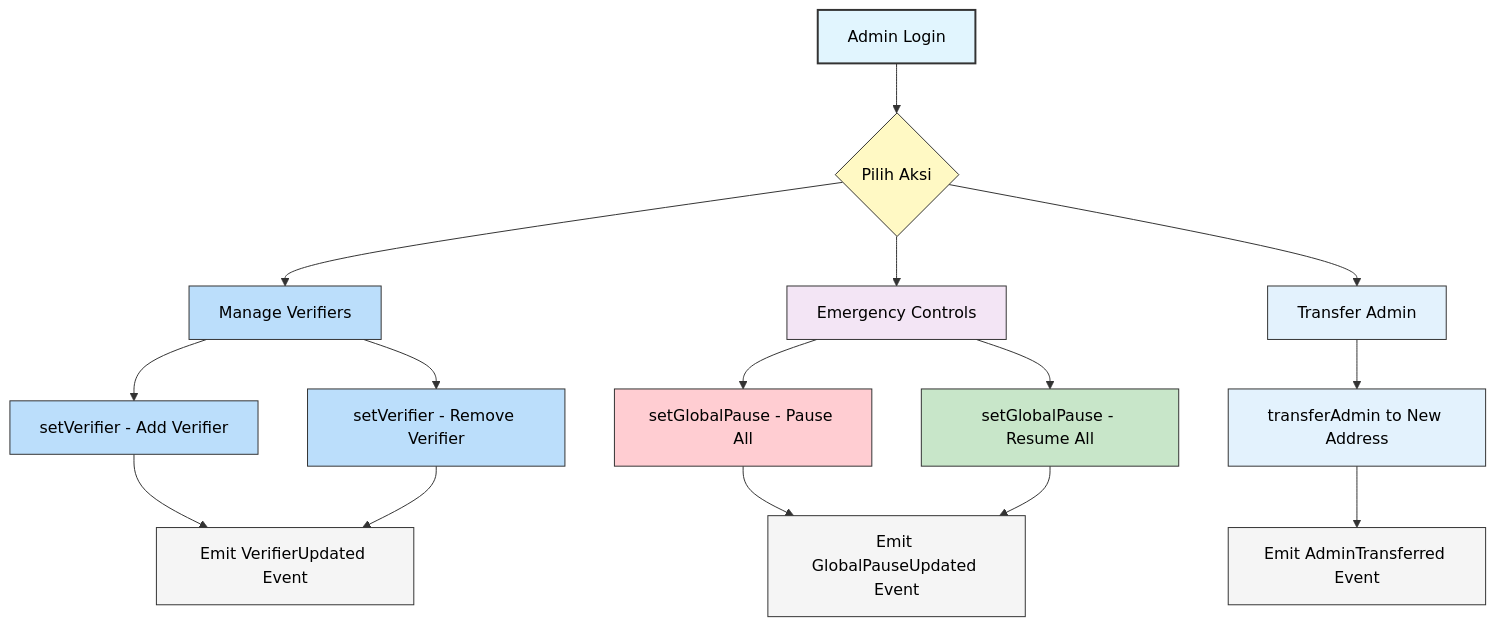
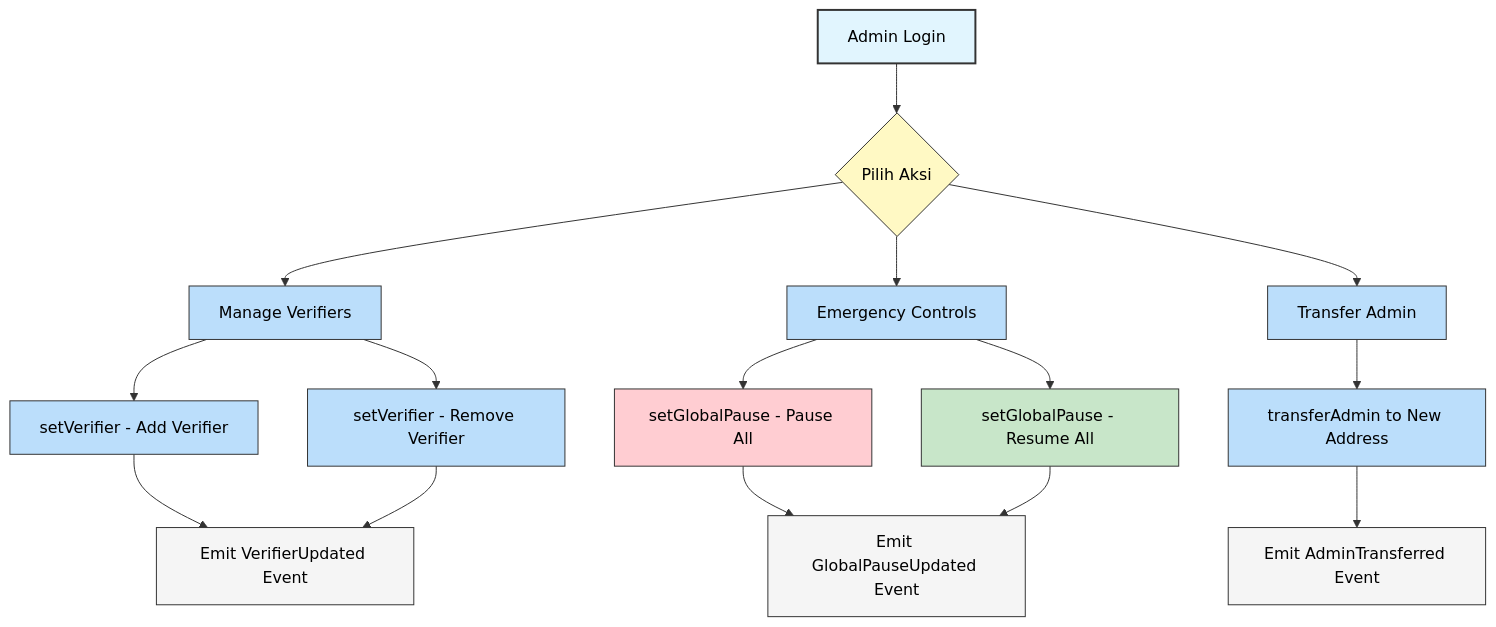
One commit to raflimulyarahman/PocketGrant changed the second of 9 diagrams in WALKTHROUGH.md. Above: the diagram before and after it, drawn with Mermaid. The commit also changed other lines of this file, not shown here.

Commit message:
docs: synchronize color legend and Mermaid diagrams

````diff
--- a/WALKTHROUGH.md
+++ b/WALKTHROUGH.md
@@ -98,31 +109,28 @@
 ```mermaid
 flowchart TD
-    classDef adminLogin stroke:#333,stroke-width:2px,fill:#e1f5fe,color:#000
+    classDef startNode stroke:#333,stroke-width:2px,fill:#e1f5fe,color:#000
+    classDef actionNode stroke:#333,stroke-width:1px,fill:#bbdefb,color:#000
     classDef decision stroke:#333,stroke-width:1px,fill:#fff9c4,color:#000
-    classDef manage stroke:#333,stroke-width:1px,fill:#bbdefb,color:#000
-    classDef emergency stroke:#333,stroke-width:1px,fill:#f3e5f5,color:#000
-    classDef transfer stroke:#333,stroke-width:1px,fill:#e3f2fd,color:#000
-    classDef event stroke:#333,stroke-width:1px,fill:#f5f5f5,color:#000
-
-    A[Admin Login]:::adminLogin --> B{Pilih Aksi}:::decision
-
-    B --> C[Manage Verifiers]:::manage
-    C --> C1[setVerifier - Add Verifier]:::manage
-    C --> C2[setVerifier - Remove Verifier]:::manage
-
-    B --> D[Emergency Controls]:::emergency
-    D --> D1[setGlobalPause - Pause All]:::danger
-    D --> D2[setGlobalPause - Resume All]:::success
-
-    B --> E[Transfer Admin]:::transfer
-    E --> E1[transferAdmin to New Address]:::transfer
-
-    C1 --> F[Emit VerifierUpdated Event]:::event
-    C2 --> F
-    D1 --> G[Emit GlobalPauseUpdated Event]:::event
-    D2 --> G
-    E1 --> H[Emit AdminTransferred Event]:::event
-
     classDef success stroke:#333,stroke-width:1px,fill:#c8e6c9,color:#000
     classDef danger stroke:#333,stroke-width:1px,fill:#ffcdd2,color:#000
+    classDef infoNode stroke:#333,stroke-width:1px,fill:#f5f5f5,color:#000
+
+    A["Admin Login"]:::startNode --> B{Pilih Aksi}:::decision
+
+    B --> C["Manage Verifiers"]:::actionNode
+    C --> C1["setVerifier - Add Verifier"]:::actionNode
+    C --> C2["setVerifier - Remove Verifier"]:::actionNode
+
+    B --> D["Emergency Controls"]:::actionNode
+    D --> D1["setGlobalPause - Pause All"]:::danger
+    D --> D2["setGlobalPause - Resume All"]:::success
+
+    B --> E["Transfer Admin"]:::actionNode
+    E --> E1["transferAdmin to New Address"]:::actionNode
+
+    C1 --> F["Emit VerifierUpdated Event"]:::infoNode
+    C2 --> F
+    D1 --> G["Emit GlobalPauseUpdated Event"]:::infoNode
+    D2 --> G
+    E1 --> H["Emit AdminTransferred Event"]:::infoNode
 ```
````
